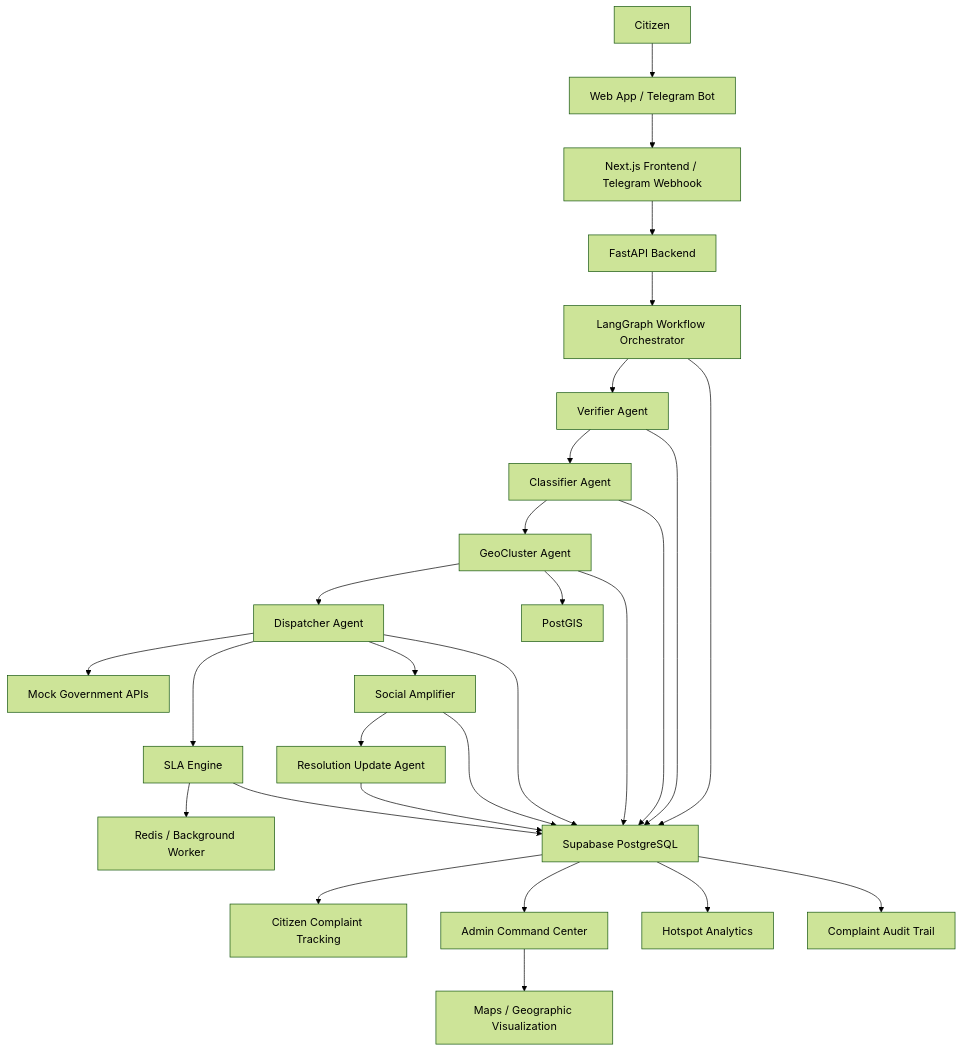
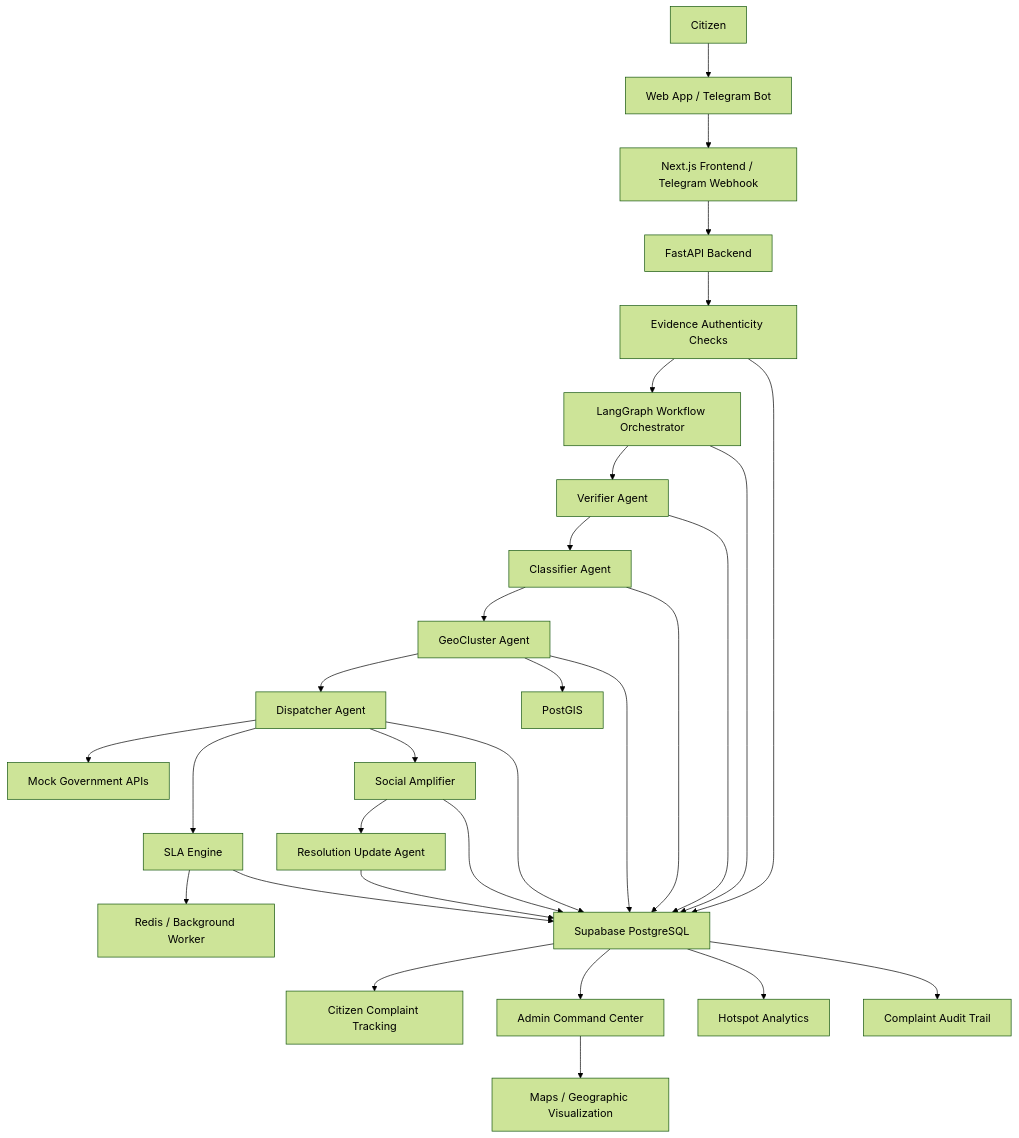
One commit to amal-krishna-m-u/BarathSeva changed the first of 2 diagrams in README.md. Above: the diagram before and after it, drawn with Mermaid (forest theme). The commit also changed other lines of this file, not shown here.

````diff
--- a/README.md
+++ b/README.md
@@ -125,42 +127,44 @@
 ```mermaid
 flowchart TD
 
     A[Citizen] --> B[Web App / Telegram Bot]
 
     B --> C[Next.js Frontend / Telegram Webhook]
 
     C --> D[FastAPI Backend]
 
-    D --> E[LangGraph Workflow Orchestrator]
+    D --> EV[Evidence Authenticity Checks]
+    EV --> E[LangGraph Workflow Orchestrator]
 
     E --> F[Verifier Agent]
     F --> G[Classifier Agent]
     G --> H[GeoCluster Agent]
     H --> I[Dispatcher Agent]
 
     I --> J[Mock Government APIs]
 
     I --> K[SLA Engine]
     K --> L[Redis / Background Worker]
 
     I --> M[Social Amplifier]
     M --> N[Resolution Update Agent]
 
     H --> O[PostGIS]
 
     E --> P[Supabase PostgreSQL]
+    EV --> P
     F --> P
     G --> P
     H --> P
     I --> P
     K --> P
     M --> P
     N --> P
 
     P --> Q[Citizen Complaint Tracking]
     P --> R[Admin Command Center]
     P --> S[Hotspot Analytics]
     P --> T[Complaint Audit Trail]
 
     R --> U[Maps / Geographic Visualization]
 ```
````
